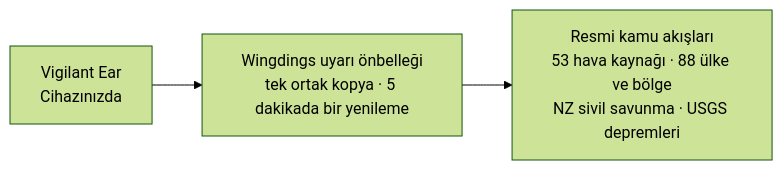
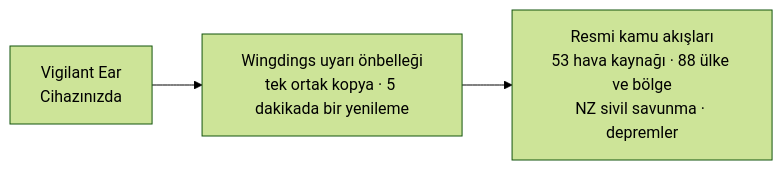
Before and after one commit to rpalm01-star/VigilantEarLegal: the fourth of 4 diagrams in README_tr.md, drawn with Mermaid (forest theme). The commit also changed other lines of this file and 47 other files, not shown here.

````diff
--- a/README_tr.md
+++ b/README_tr.md
@@ -171,5 +171,5 @@
 ```mermaid
 graph LR
     P1["Vigilant Ear<br/>Cihazınızda"] --> W["Wingdings uyarı önbelleği<br/>tek ortak kopya · 5 dakikada bir yenileme"]
-    W --> N["Resmi kamu akışları<br/>53 hava kaynağı · 88 ülke ve bölge<br/>NZ sivil savunma · USGS depremleri"]
+    W --> N["Resmi kamu akışları<br/>53 hava kaynağı · 88 ülke ve bölge<br/>NZ sivil savunma · depremler"]
 ```
````
